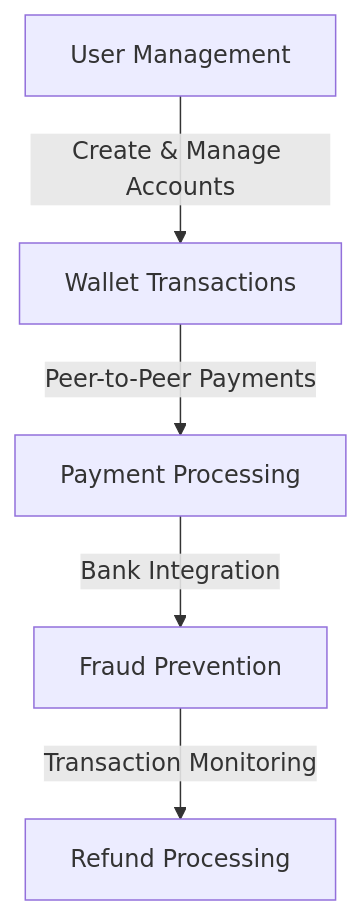
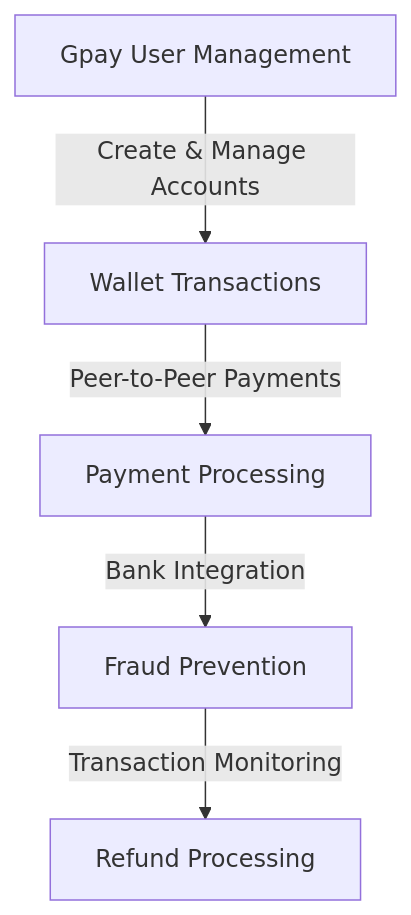
Before and after one commit to IIITLucknowSWEngg/CSAICSBTeam017: the second of 4 diagrams in Assignment/Test.md, drawn with Mermaid. The commit also changed other lines of this file and 7 other files, not shown here.

Commit message:
user to gpay user

````diff
--- a/Assignment/Test.md
+++ b/Assignment/Test.md
@@ -108,7 +108,7 @@
 ```mermaid
 flowchart TD
-    A[User Management] -->|Create & Manage Accounts| B[Wallet Transactions]
+    A[Gpay User Management] -->|Create & Manage Accounts| B[Wallet Transactions]
     B -->|Peer-to-Peer Payments| C[Payment Processing]
     C -->|Bank Integration| D[Fraud Prevention]
     D -->|Transaction Monitoring| E[Refund Processing] 
 ```
````
